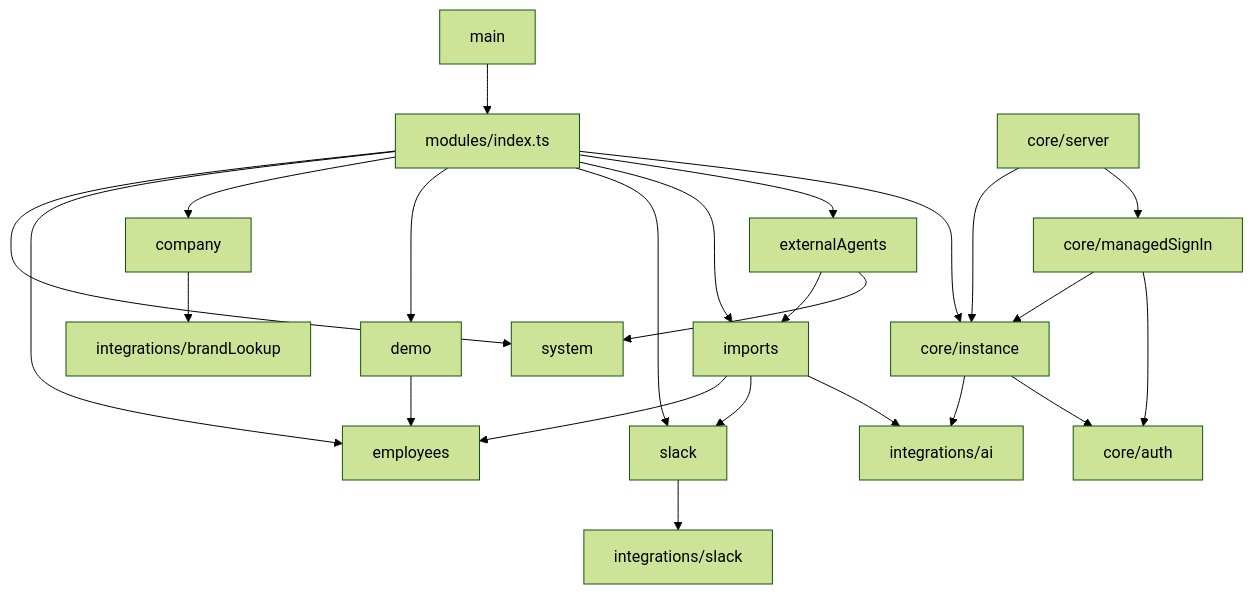
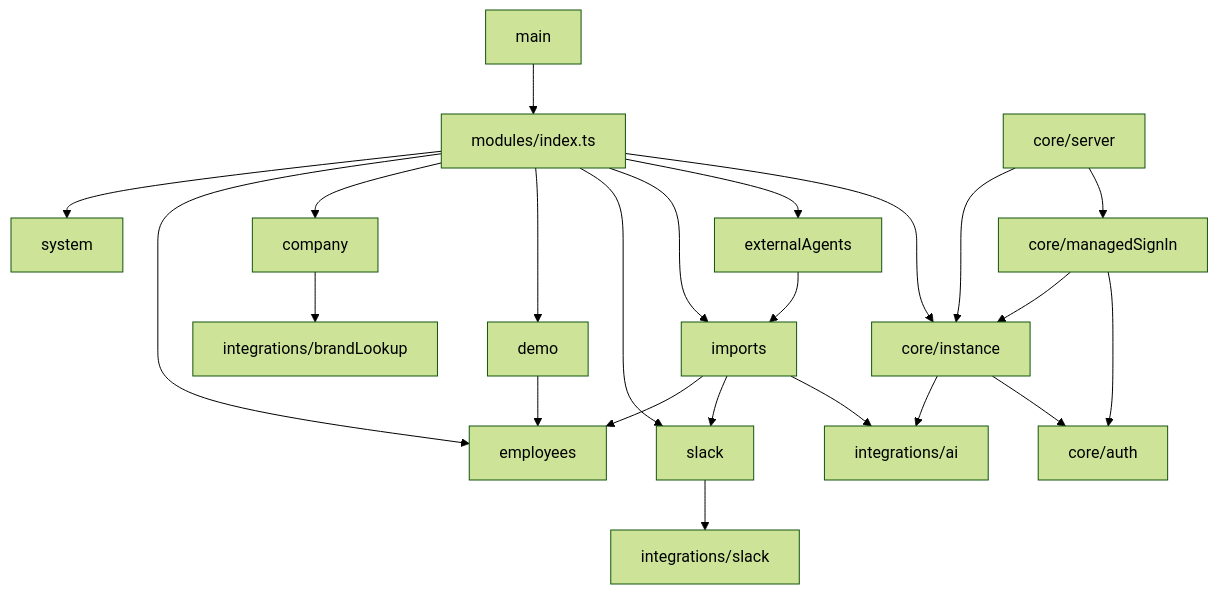
Before and after one commit to getbroccoli/broccoli: the first of 2 diagrams in docs/modules.md, drawn with Mermaid (forest theme). The commit also changed other lines of this file and 11 other files, not shown here.

````diff
--- a/docs/modules.md
+++ b/docs/modules.md
@@ -7,19 +7,18 @@
 ```mermaid
 flowchart TD
   main --> modulesIndex[modules/index.ts]
   modulesIndex --> system & employees & company & demo & slackModule[slack] & imports & externalAgents
   modulesIndex --> instance
   externalAgents --> imports
-  externalAgents --> system
   imports --> employees
   imports --> slackModule
   demo --> employees
   imports --> ai[integrations/ai]
   company --> brandLookup[integrations/brandLookup]
   slackModule --> slackApi[integrations/slack]
   instance[core/instance] --> ai
   instance --> auth[core/auth]
   managedSignIn[core/managedSignIn] --> instance
   managedSignIn --> auth
   server[core/server] --> instance & managedSignIn
 ```
````
